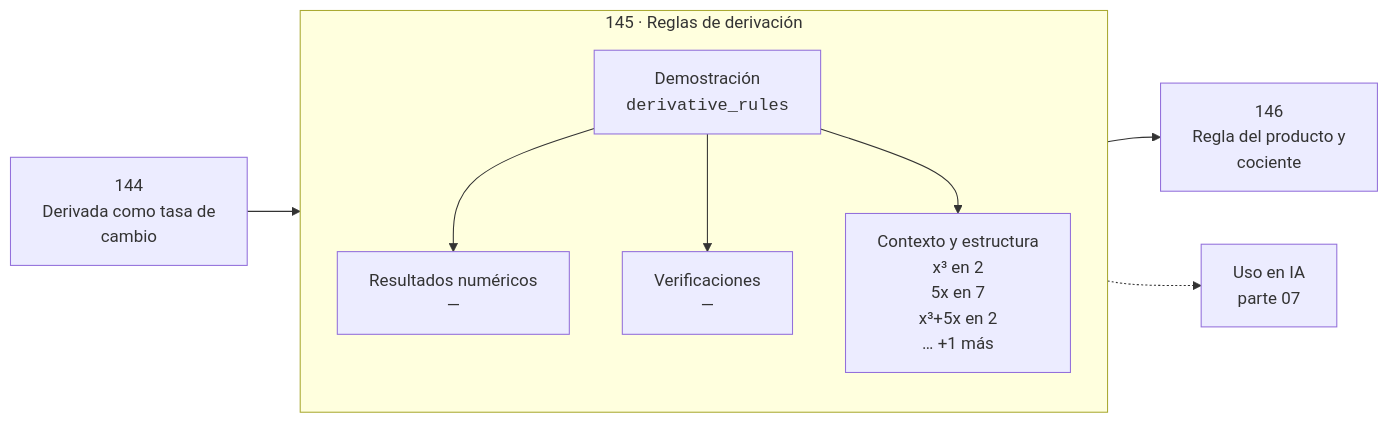
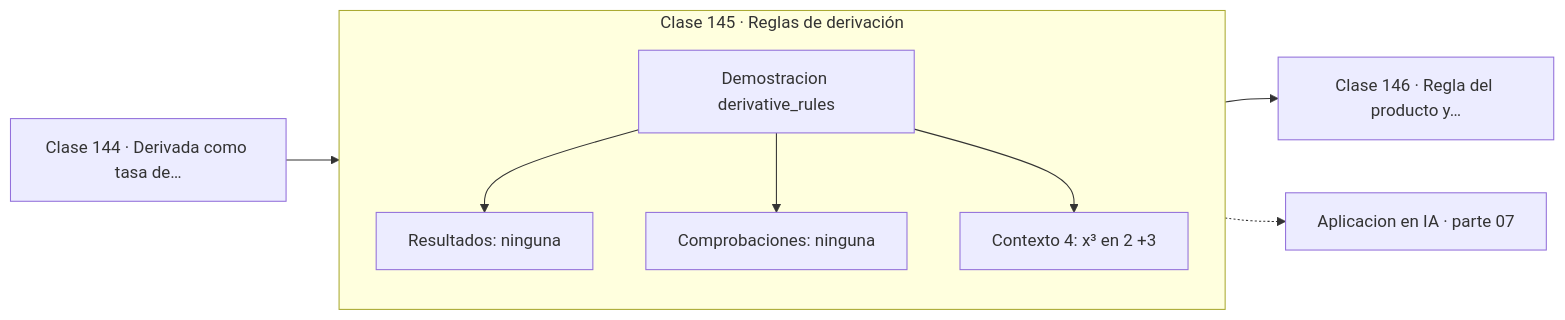
The diagram in classes/part-07-calculo-diferencial-e-integral/145-reglas-de-derivacion/README.md (vladimiracunadev-create/computational-mathematics-program), drawn with Mermaid before and after one commit. The commit also changed 389 other files, not shown here.

First line of the commit message:
fix(diagramas): elimina el HTML de las etiquetas Mermaid

````diff
--- a/classes/part-07-calculo-diferencial-e-integral/145-reglas-de-derivacion/README.md
+++ b/classes/part-07-calculo-diferencial-e-integral/145-reglas-de-derivacion/README.md
@@ -30,12 +30,13 @@
 ```mermaid
 flowchart LR
-    P["144<br/>Derivada como tasa de<br/>cambio"] --> C
-    subgraph C["145 · Reglas de derivación"]
+    P["Clase 144 · Derivada como tasa de…"] --> D
+    subgraph CLASE["Clase 145 · Reglas de derivación"]
         direction TB
-        D["Demostración<br/><code>derivative_rules</code>"] --> R["Resultados numéricos<br/>—"]
-        D --> V["Verificaciones<br/>—"]
-        D --> O["Contexto y estructura<br/>x³ en 2<br/>5x en 7<br/>x³+5x en 2<br/>… +1 más"]
+        D["Demostracion derivative_rules"]
+        D --> R["Resultados: ninguna"]
+        D --> V["Comprobaciones: ninguna"]
+        D --> O["Contexto 4: x³ en 2 +3"]
     end
-    C --> N["146<br/>Regla del producto y<br/>cociente"]
-    C -.-> IA["Uso en IA<br/>parte 07"]
+    R --> N["Clase 146 · Regla del producto y…"]
+    V -.-> IA["Aplicacion en IA · parte 07"]
 ```
````
